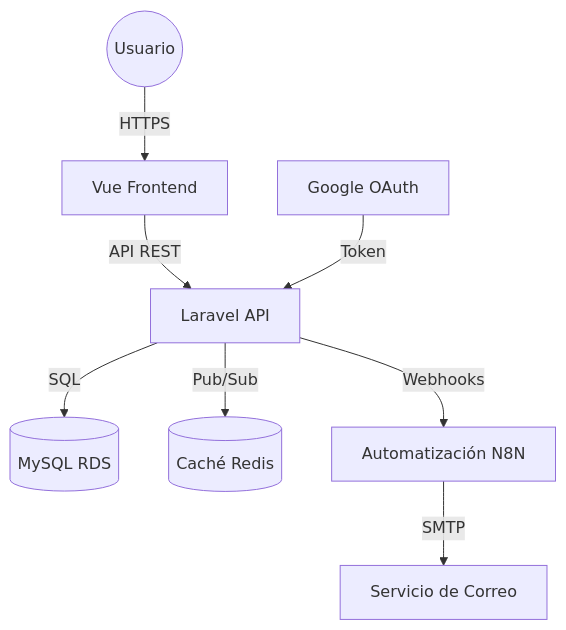
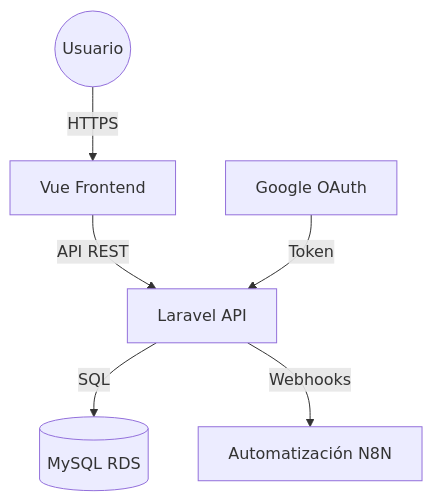
Before and after one commit to PROYECTO-INTEGRADOR-DAW-2/Proyecto-Intermodular-Laravel: the diagram in DOCS/GLOBAL_ARCHITECTURE.md, drawn with Mermaid. The commit also changed other lines of this file and 4 other files, not shown here.

````diff
--- a/DOCS/GLOBAL_ARCHITECTURE.md
+++ b/DOCS/GLOBAL_ARCHITECTURE.md
@@ -33,10 +37,8 @@
 ```mermaid
 graph TD
     User((Usuario)) -->|HTTPS| Frontend[Vue Frontend]
     Frontend -->|API REST| Backend[Laravel API]
     Backend -->|SQL| RDS[(MySQL RDS)]
-    Backend -->|Pub/Sub| Redis[(Caché Redis)]
     Backend -->|Webhooks| N8N[Automatización N8N]
-    N8N -->|SMTP| Email[Servicio de Correo]
     Auth[Google OAuth] -->|Token| Backend
 ```
````
